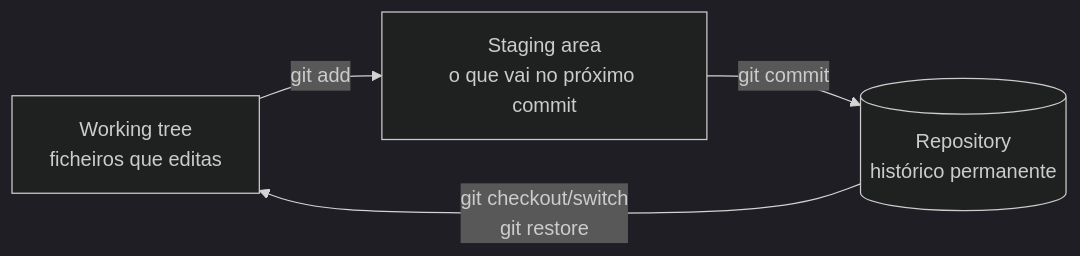
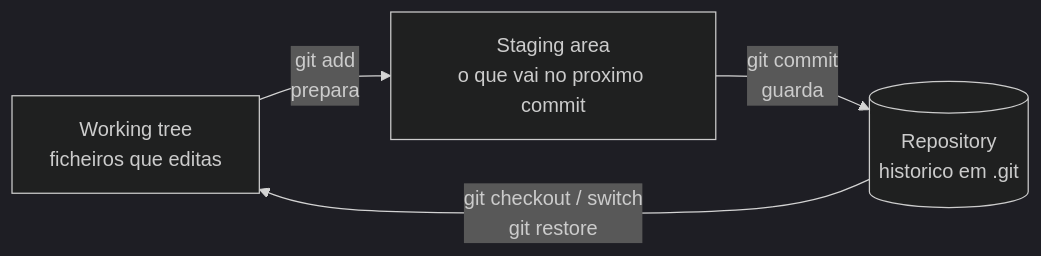
The second of 3 diagrams in 01-Fundamentos/01-O-que-e-Git-e-GitHub.md (BerniloBernardo-boot/Git-e-GitHub), drawn with Mermaid (dark theme) before and after one commit. The commit also changed other lines of this file and 27 other files, not shown here.

````diff
--- a/01-Fundamentos/01-O-que-e-Git-e-GitHub.md
+++ b/01-Fundamentos/01-O-que-e-Git-e-GitHub.md
@@ -40,6 +68,6 @@
 ```mermaid
 flowchart LR
-    W[Working tree<br/>ficheiros que editas] -->|git add| S[Staging area<br/>o que vai no próximo commit]
-    S -->|git commit| R[(Repository<br/>histórico permanente)]
-    R -->|git checkout/switch<br/>git restore| W
+    W["Working tree<br/>ficheiros que editas"] -->|"git add<br/>prepara"| S["Staging area<br/>o que vai no proximo commit"]
+    S -->|"git commit<br/>guarda"| R[("Repository<br/>historico em .git")]
+    R -->|"git checkout / switch<br/>git restore"| W
 ```
````
